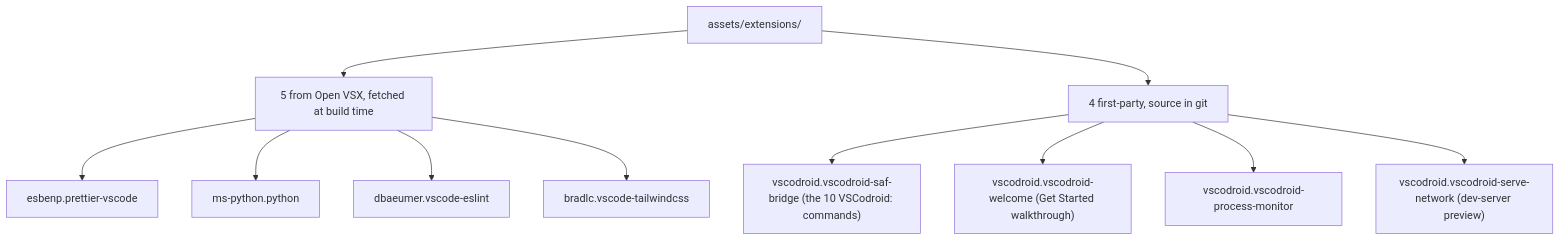
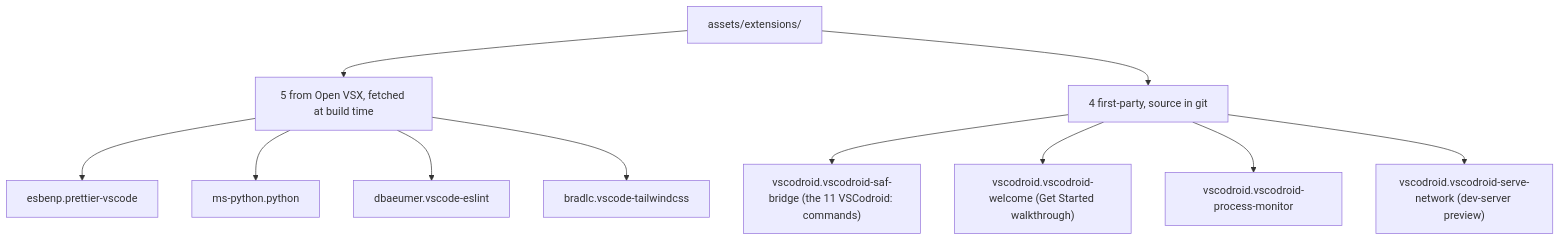
One commit to rmyndharis/VSCodroid changed the third of 3 diagrams in docs/05-API_SPEC.md. Above: the diagram before and after it, drawn with Mermaid. The commit also changed other lines of this file and 28 other files, not shown here.

````diff
--- a/docs/05-API_SPEC.md
+++ b/docs/05-API_SPEC.md
@@ -1055,13 +1069,13 @@
 ```mermaid
 flowchart TD
   ROOT["assets/extensions/"] --> T["5 from Open VSX, fetched at build time"]
   ROOT --> O["4 first-party, source in git"]
   T --> T2["esbenp.prettier-vscode"]
   T --> T3["ms-python.python"]
   T --> T4["dbaeumer.vscode-eslint"]
   T --> T5["bradlc.vscode-tailwindcss"]
-  O --> O1["vscodroid.vscodroid-saf-bridge (the 10 VSCodroid: commands)"]
+  O --> O1["vscodroid.vscodroid-saf-bridge (the 11 VSCodroid: commands)"]
   O --> O2["vscodroid.vscodroid-welcome (Get Started walkthrough)"]
   O --> O3["vscodroid.vscodroid-process-monitor"]
   O --> O4["vscodroid.vscodroid-serve-network (dev-server preview)"]
 ```
````
